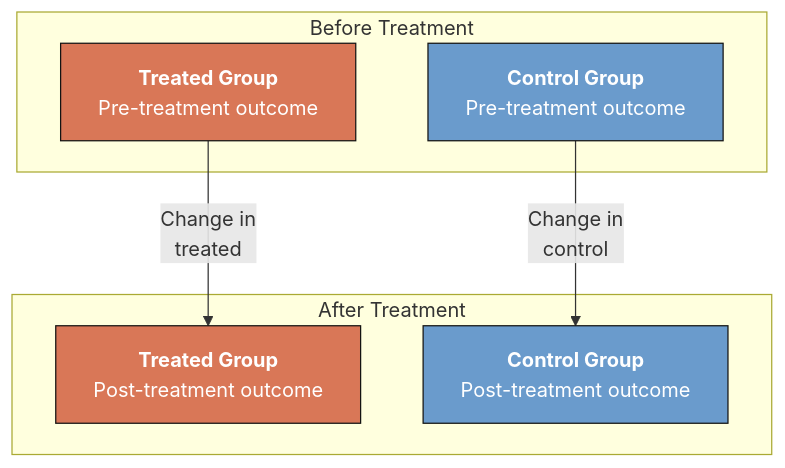
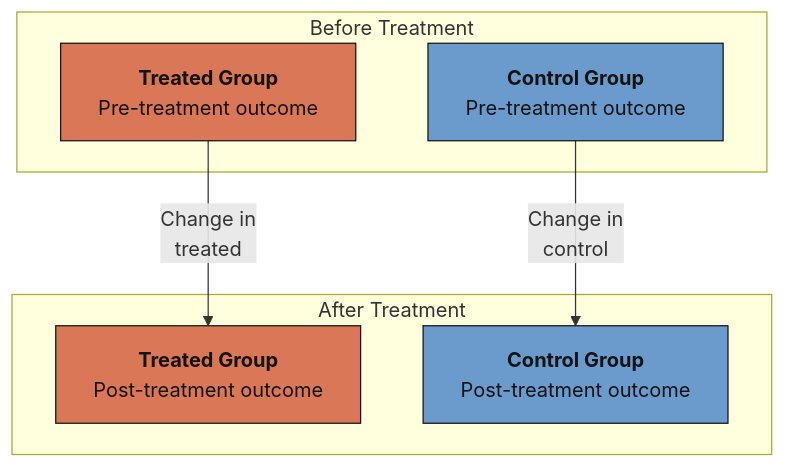
One commit to cmg777/starter-academic-v501 changed the first of 2 diagrams in content/post/python_did/index.md. Above: the diagram before and after it, drawn with Mermaid. The commit also changed other lines of this file and 67 other files, not shown here.

First line of the commit message:
fix(mermaid): readable diagram text in both themes across the site

````diff
--- a/content/post/python_did/index.md
+++ b/content/post/python_did/index.md
@@ -216,19 +216,19 @@
 ```mermaid
 graph TB
     subgraph "Before Treatment"
         A["<b>Treated Group</b><br/>Pre-treatment outcome"]
         B["<b>Control Group</b><br/>Pre-treatment outcome"]
     end
     subgraph "After Treatment"
         C["<b>Treated Group</b><br/>Post-treatment outcome"]
         D["<b>Control Group</b><br/>Post-treatment outcome"]
     end
 
     A -->|"Change in<br/>treated"| C
     B -->|"Change in<br/>control"| D
 
-    style A fill:#d97757,stroke:#141413,color:#fff
-    style C fill:#d97757,stroke:#141413,color:#fff
-    style B fill:#6a9bcc,stroke:#141413,color:#fff
-    style D fill:#6a9bcc,stroke:#141413,color:#fff
+    style A fill:#d97757,stroke:#141413,color:#141413
+    style C fill:#d97757,stroke:#141413,color:#141413
+    style B fill:#6a9bcc,stroke:#141413,color:#141413
+    style D fill:#6a9bcc,stroke:#141413,color:#141413
 ```
````
